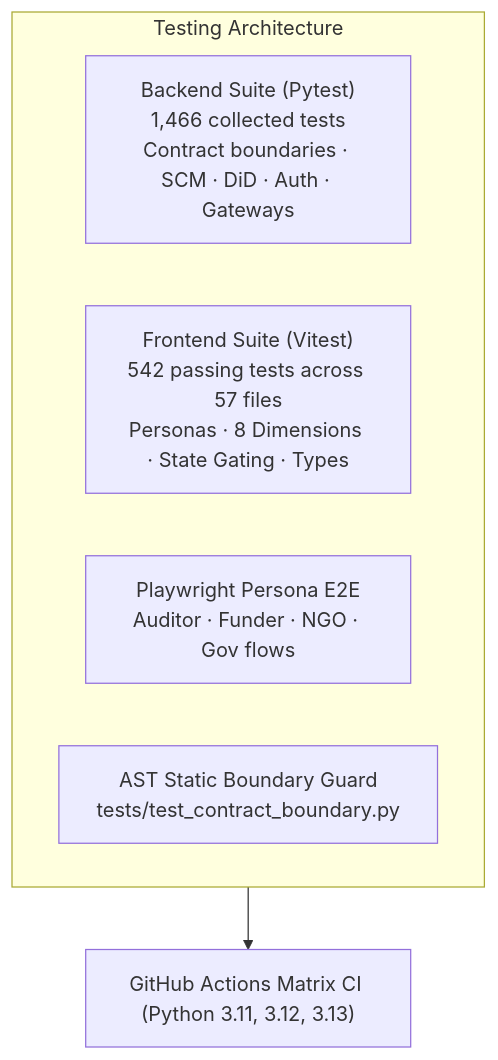
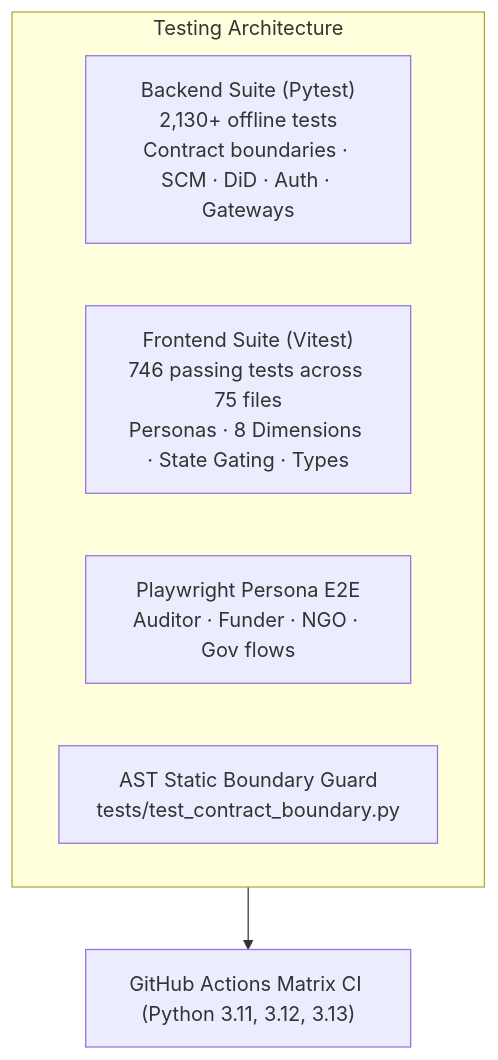
One commit to Viraj281105/GroundTruth changed the second of 2 diagrams in DEVELOPMENT.md. Above: the diagram before and after it, drawn with Mermaid. The commit also changed other lines of this file and 71 other files, not shown here.

````diff
--- a/DEVELOPMENT.md
+++ b/DEVELOPMENT.md
@@ -134,11 +137,11 @@
 ```mermaid
 flowchart TD
     subgraph TestSuites["Testing Architecture"]
-        Pytest["Backend Suite (Pytest)<br/>1,466 collected tests<br/>Contract boundaries · SCM · DiD · Auth · Gateways"]
-        Vitest["Frontend Suite (Vitest)<br/>542 passing tests across 57 files<br/>Personas · 8 Dimensions · State Gating · Types"]
+        Pytest["Backend Suite (Pytest)<br/>2,130+ offline tests<br/>Contract boundaries · SCM · DiD · Auth · Gateways"]
+        Vitest["Frontend Suite (Vitest)<br/>746 passing tests across 75 files<br/>Personas · 8 Dimensions · State Gating · Types"]
         E2E["Playwright Persona E2E<br/>Auditor · Funder · NGO · Gov flows"]
         AST["AST Static Boundary Guard<br/>tests/test_contract_boundary.py"]
     end
 
     TestSuites --> CI["GitHub Actions Matrix CI (Python 3.11, 3.12, 3.13)"]
 ```
````
